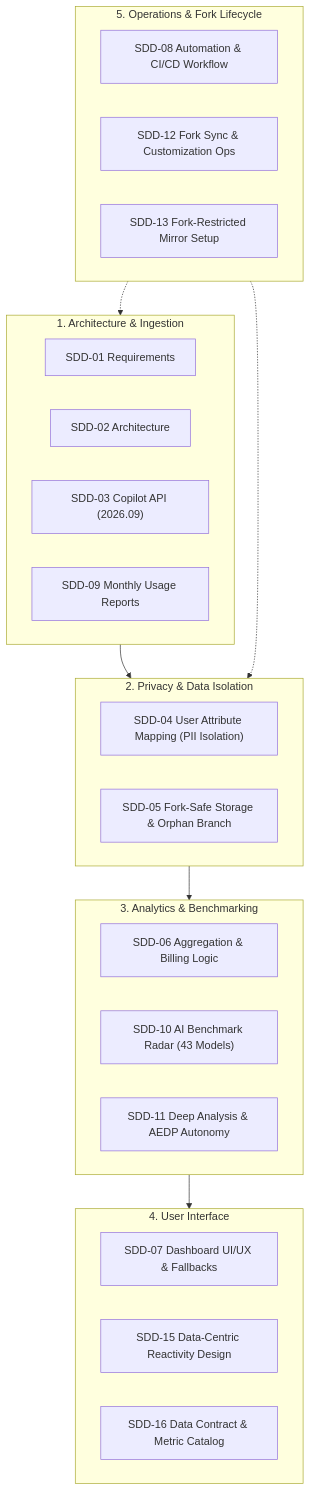
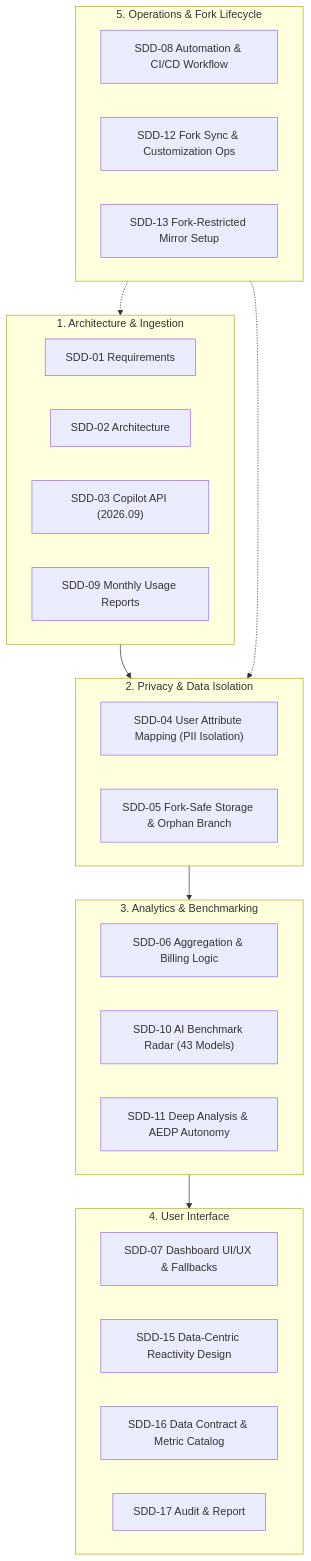
Before and after one commit to sun-flat-yamada/github-copilot-dashboard: the diagram in docs/specifications/README.md, drawn with Mermaid. The commit also changed other lines of this file and 7 other files, not shown here.

First line of the commit message:
docs(sdd): document audit view in SDD-07 and add SDD-17 (#197)

````diff
--- a/docs/specifications/README.md
+++ b/docs/specifications/README.md
@@ -13,36 +13,37 @@
 ```mermaid
 flowchart TD
     subgraph D1["1. Architecture & Ingestion"]
         S01["SDD-01 Requirements"]
         S02["SDD-02 Architecture"]
         S03["SDD-03 Copilot API (2026.09)"]
         S09["SDD-09 Monthly Usage Reports"]
     end
 
     subgraph D2["2. Privacy & Data Isolation"]
         S04["SDD-04 User Attribute Mapping (PII Isolation)"]
         S05["SDD-05 Fork-Safe Storage & Orphan Branch"]
     end
 
     subgraph D3["3. Analytics & Benchmarking"]
         S06["SDD-06 Aggregation & Billing Logic"]
         S10["SDD-10 AI Benchmark Radar (43 Models)"]
         S11["SDD-11 Deep Analysis & AEDP Autonomy"]
     end
 
     subgraph D4["4. User Interface"]
         S07["SDD-07 Dashboard UI/UX & Fallbacks"]
         S15["SDD-15 Data-Centric Reactivity Design"]
         S16["SDD-16 Data Contract & Metric Catalog"]
+        S17["SDD-17 Audit & Report"]
     end
 
     subgraph D5["5. Operations & Fork Lifecycle"]
         S08["SDD-08 Automation & CI/CD Workflow"]
         S12["SDD-12 Fork Sync & Customization Ops"]
         S13["SDD-13 Fork-Restricted Mirror Setup"]
     end
 
     D1 --> D2 --> D3 --> D4
     D5 -.-> D1
     D5 -.-> D2
 ```
````
